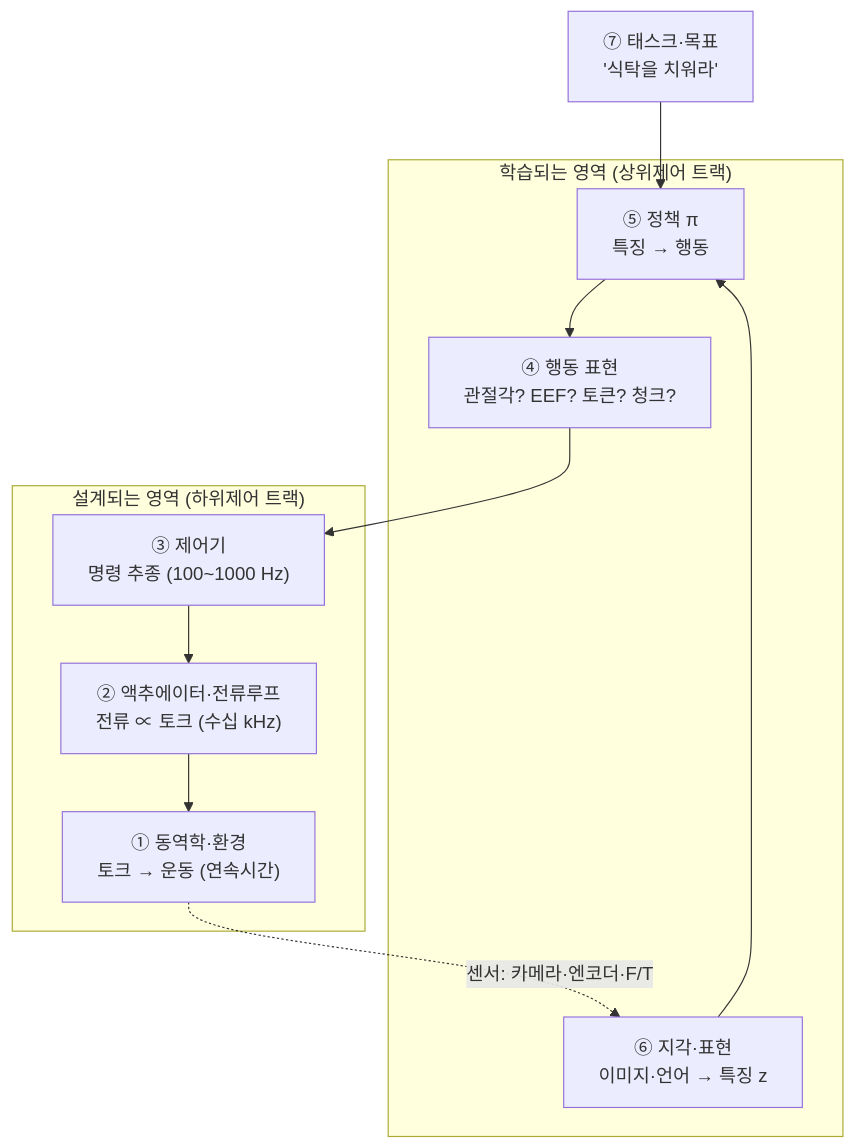
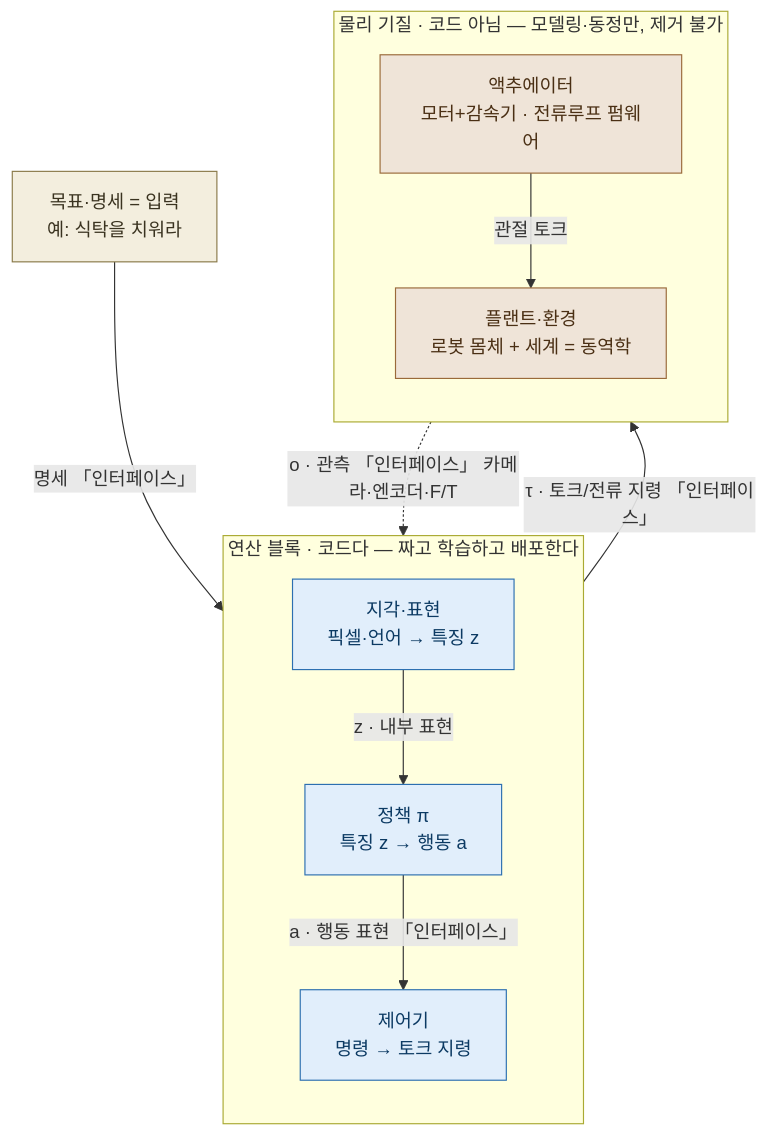
One commit to HPaper/physical-ai-curriculum changed the first of 2 diagrams in 00-common/lec00-system-anatomy.md. Above: the diagram before and after it, drawn with Mermaid. The commit also changed other lines of this file and 2 other files, not shown here.

First line of the commit message:
Lec 00 재설계: 계층 스택 → 세 종류(연산·인터페이스·물리) 좌표계

````diff
--- a/00-common/lec00-system-anatomy.md
+++ b/00-common/lec00-system-anatomy.md
@@ -8,14 +8,24 @@
 ```mermaid
-flowchart TD
-    T["⑦ 태스크·목표<br/>'식탁을 치워라'"] --> P
-    subgraph LEARNED["학습되는 영역 (상위제어 트랙)"]
-        S["⑥ 지각·표현<br/>이미지·언어 → 특징 z"] --> P["⑤ 정책 π<br/>특징 → 행동"]
-        P --> A["④ 행동 표현<br/>관절각? EEF? 토큰? 청크?"]
+flowchart TB
+    SPEC["목표·명세 = 입력<br/>예: 식탁을 치워라"]:::spec
+    subgraph COMPUTE["연산 블록 · 코드다 — 짜고 학습하고 배포한다"]
+        direction TB
+        PER["지각·표현<br/>픽셀·언어 → 특징 z"]:::comp
+        POL["정책 π<br/>특징 z → 행동 a"]:::comp
+        CON["제어기<br/>명령 → 토크 지령"]:::comp
+        PER -->|"z · 내부 표현"| POL
+        POL -->|"a · 행동 표현 「인터페이스」"| CON
     end
-    subgraph CLASSIC["설계되는 영역 (하위제어 트랙)"]
-        A --> C["③ 제어기<br/>명령 추종 (100~1000 Hz)"]
-        C --> M["② 액추에이터·전류루프<br/>전류 ∝ 토크 (수십 kHz)"]
-        M --> D["① 동역학·환경<br/>토크 → 운동 (연속시간)"]
+    subgraph PHYS["물리 기질 · 코드 아님 — 모델링·동정만, 제거 불가"]
+        direction TB
+        ACT["액추에이터<br/>모터+감속기 · 전류루프 펌웨어"]:::phys
+        PLANT["플랜트·환경<br/>로봇 몸체 + 세계 = 동역학"]:::phys
+        ACT -->|"관절 토크"| PLANT
     end
-    D -.->|"센서: 카메라·엔코더·F/T"| S
+    SPEC -->|"명세 「인터페이스」"| PER
+    CON -->|"τ · 토크/전류 지령 「인터페이스」"| ACT
+    PLANT -.->|"o · 관측 「인터페이스」 카메라·엔코더·F/T"| PER
+    classDef spec fill:#f3eede,stroke:#8a7a4a,color:#3a3320
+    classDef comp fill:#e1eefb,stroke:#2c6fb0,color:#0c3a63
+    classDef phys fill:#efe4d8,stroke:#9a6a3a,color:#4a2f14
 ```
````
